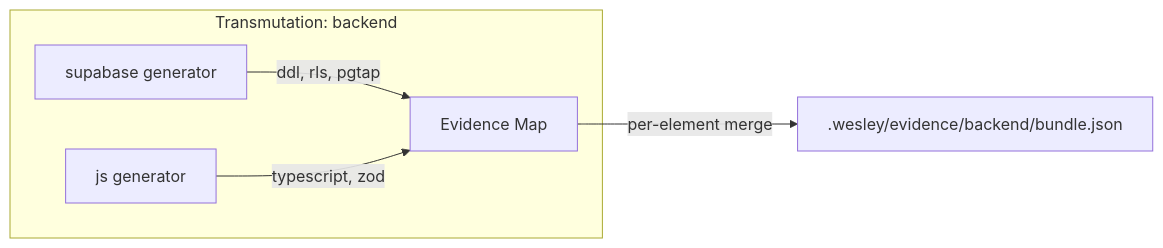
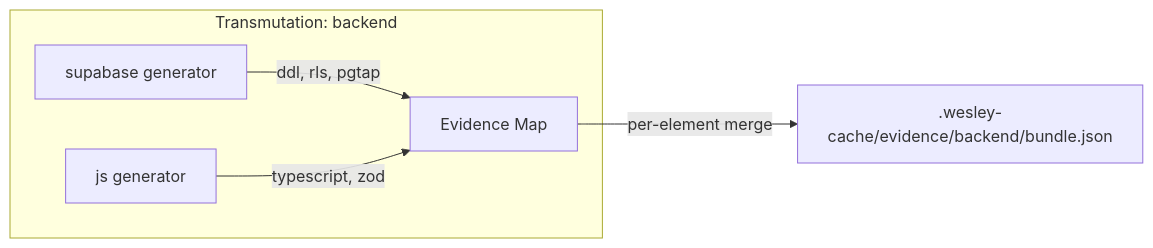
One commit to flyingrobots/wesley changed the second of 8 diagrams in docs/architecture/transmutations.md. Above: the diagram before and after it, drawn with Mermaid. The commit also changed other lines of this file and 23 other files, not shown here.

````diff
--- a/docs/architecture/transmutations.md
+++ b/docs/architecture/transmutations.md
@@ -231,9 +231,9 @@
 ```mermaid
 graph LR
     subgraph "Transmutation: backend"
         SG["supabase generator"] --> |"ddl, rls, pgtap"| EM["Evidence Map"]
         JG["js generator"] --> |"typescript, zod"| EM
     end
 
-    EM --> |"per-element merge"| B[".wesley/evidence/backend/bundle.json"]
+    EM --> |"per-element merge"| B[".wesley-cache/evidence/backend/bundle.json"]
 ```
````
